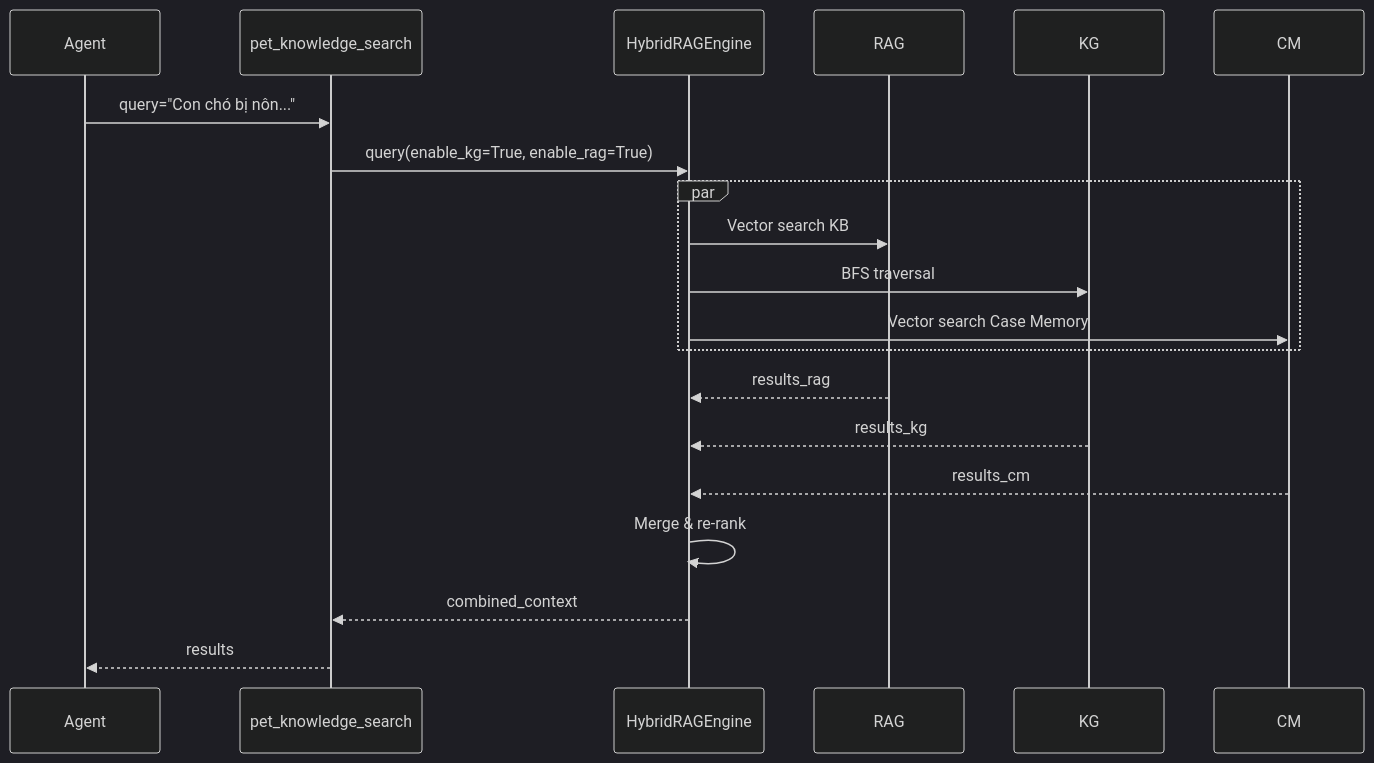
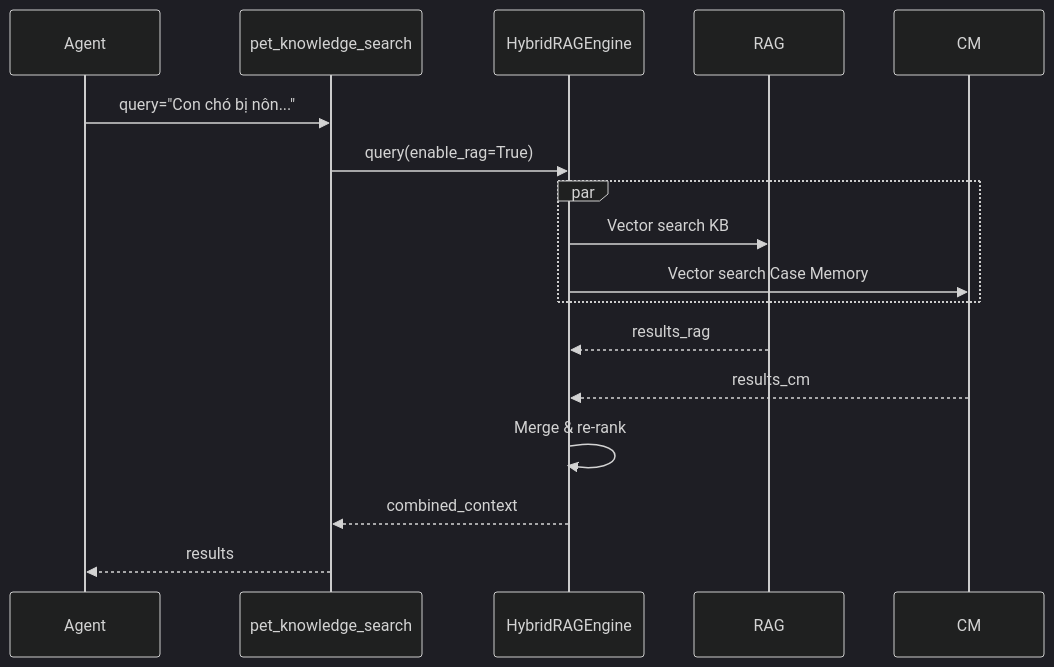
One commit to espresso23/Petties-Veterinary-Appointment-Booking-Platform changed the third of 4 diagrams in docs-references/ai_diagnose_service/RAG_ENGINE_SPECIFICATION.md. Above: the diagram before and after it, drawn with Mermaid (dark theme). The commit also changed other lines of this file and 115 other files, not shown here.

````diff
--- a/docs-references/ai_diagnose_service/RAG_ENGINE_SPECIFICATION.md
+++ b/docs-references/ai_diagnose_service/RAG_ENGINE_SPECIFICATION.md
@@ -314,26 +201,23 @@
 ```mermaid
 sequenceDiagram
     participant Agent
     participant Tool as pet_knowledge_search
     participant Hybrid as HybridRAGEngine
     participant RAG
-    participant KG
     participant CM
     
     Agent->>Tool: query="Con chó bị nôn..."
-    Tool->>Hybrid: query(enable_kg=True, enable_rag=True)
+    Tool->>Hybrid: query(enable_rag=True)
     
     par
         Hybrid->>RAG: Vector search KB
-        Hybrid->>KG: BFS traversal
         Hybrid->>CM: Vector search Case Memory
     end
     
     RAG-->>Hybrid: results_rag
-    KG-->>Hybrid: results_kg
     CM-->>Hybrid: results_cm
     
     Hybrid->>Hybrid: Merge & re-rank
     Hybrid-->>Tool: combined_context
     Tool-->>Agent: results
 ```
````
